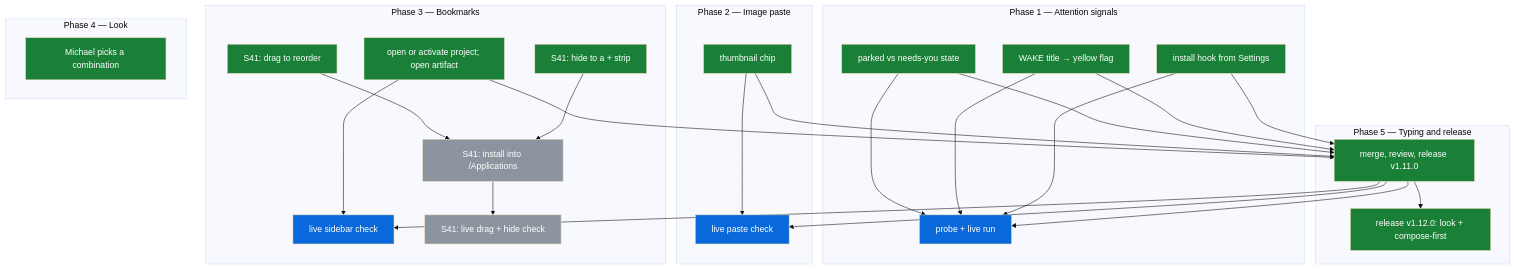
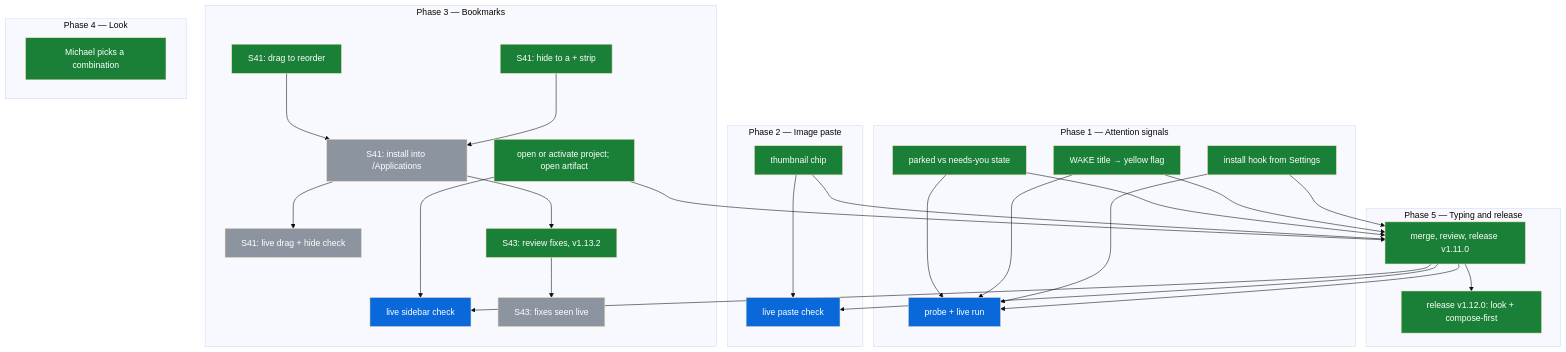
One commit to michaeljryoung/patton changed the diagram in docs/NEXT_STEPS.md. Above: the diagram before and after it, drawn with Mermaid (base theme). The commit also changed other lines of this file and 1 other file, not shown here.

Commit message:
S43 notes: v1.13.2 released; review proposals and live checks on the map [no-release]

````diff
--- a/docs/NEXT_STEPS.md
+++ b/docs/NEXT_STEPS.md
@@ -12,51 +12,55 @@
 ```mermaid
 flowchart TD
   subgraph P1["Phase 1 — Attention signals"]
     parked_state[parked vs needs-you state]:::done
     wake_yellow[WAKE title → yellow flag]:::done
     hook_install[install hook from Settings]:::done
     signals_verify[probe + live run]:::live
   end
   subgraph P2["Phase 2 — Image paste"]
     paste_thumbnail[thumbnail chip]:::done
     paste_verify[live paste check]:::live
   end
   subgraph P3["Phase 3 — Bookmarks"]
     bookmark_open[open or activate project; open artifact]:::done
     bookmarks_verify[live sidebar check]:::live
     bookmark_reorder[S41: drag to reorder]:::done
     bookmark_hide[S41: hide to a + strip]:::done
     s41_install[S41: install into /Applications]:::todo
     s41_verify[S41: live drag + hide check]:::todo
+    s43_fixes[S43: review fixes, v1.13.2]:::done
+    s43_verify[S43: fixes seen live]:::todo
   end
   subgraph P4["Phase 4 — Look"]
     look_pick[Michael picks a combination]:::done
   end
   subgraph P5["Phase 5 — Typing and release"]
     merge_release[merge, review, release v1.11.0]:::done
     release_v1_12[release v1.12.0: look + compose-first]:::done
   end
   parked_state --> signals_verify
   wake_yellow --> signals_verify
   hook_install --> signals_verify
   paste_thumbnail --> paste_verify
   bookmark_open --> bookmarks_verify
   bookmark_reorder --> s41_install
   bookmark_hide --> s41_install
   s41_install --> s41_verify
+  s41_install --> s43_fixes
+  s43_fixes --> s43_verify
   parked_state --> merge_release
   wake_yellow --> merge_release
   hook_install --> merge_release
   paste_thumbnail --> merge_release
   bookmark_open --> merge_release
   merge_release --> signals_verify
   merge_release --> paste_verify
   merge_release --> bookmarks_verify
   merge_release --> release_v1_12
   classDef done fill:#1a7f37,color:#fff
   classDef live fill:#0969da,color:#fff
   classDef todo fill:#8c959f,color:#fff
   classDef blocked fill:#cf222e,color:#fff
   classDef dropped fill:#eaeef2,color:#57606a
   classDef superseded fill:#eaeef2,color:#57606a
 ```
````
